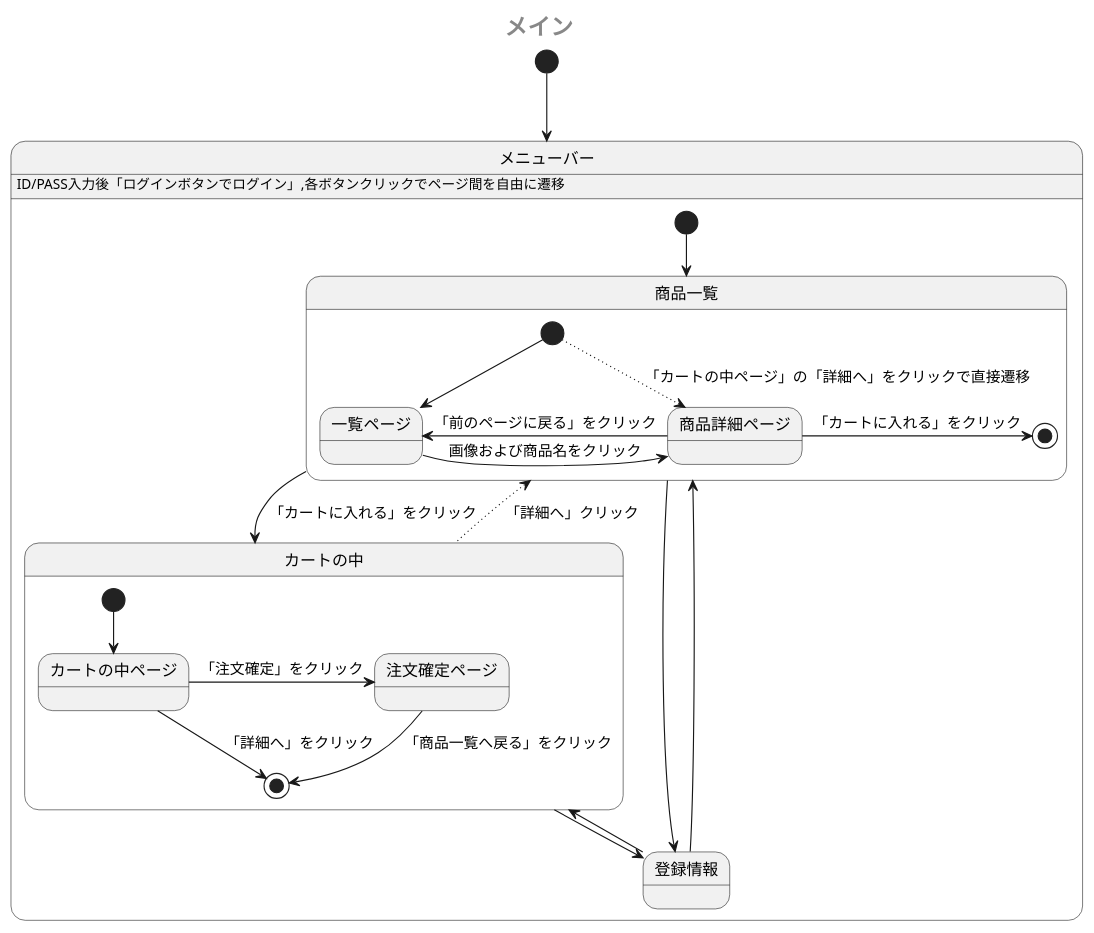
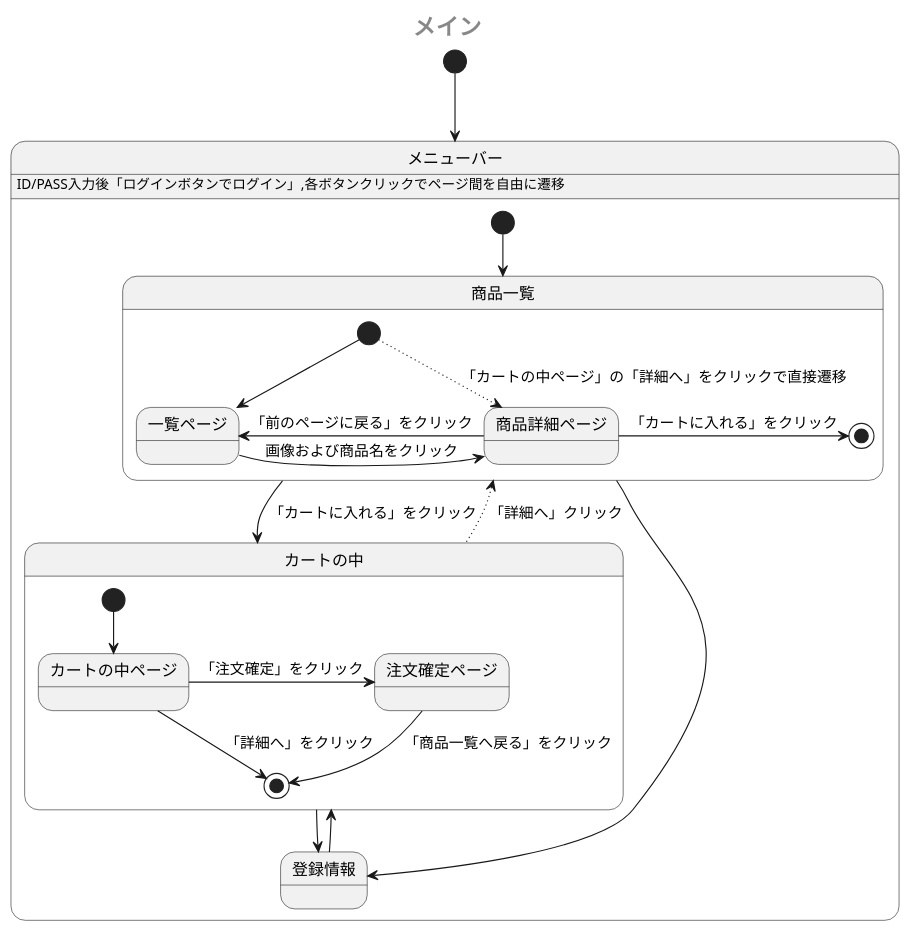
Before and after one commit to Aso2001385/2021sys-design: the first of 2 diagrams in sample/StateMachine.md, drawn with PlantUML.

````diff
--- a/sample/StateMachine.md
+++ b/sample/StateMachine.md
@@ -1,34 +1,31 @@
 ```uml
 @startuml
  center header <size:20><b>メイン</b></size>
  [*] --> メニューバー
  state メニューバー {
    メニューバー: ID/PASS入力後「ログインボタンでログイン」,各ボタンクリックでページ間を自由に遷移
    [*] --> 商品一覧
    state 商品一覧 {
     [*] --> 一覧ページ
     [*] -[dotted]-> 商品詳細ページ: 「カートの中ページ」の「詳細へ」をクリックで直接遷移
     一覧ページ -right-> 商品詳細ページ: 画像および商品名をクリック
     商品詳細ページ -left-> 一覧ページ: 「前のページに戻る」をクリック
     商品詳細ページ -right-> [*]: 「カートに入れる」をクリック
     
    }
    商品一覧 -down-> カートの中:「カートに入れる」をクリック
    state カートの中 {
     [*] --> カートの中ページ
     カートの中ページ --> [*]:「詳細へ」をクリック
     カートの中ページ -> 注文確定ページ:「注文確定」をクリック 
     注文確定ページ --> [*]: 「商品一覧へ戻る」をクリック
    }
    カートの中 -up[dotted]-> 商品一覧:「詳細へ」クリック
    カートの中 -down-> 登録情報
    登録情報 -up-> カートの中
    商品一覧 -right-> 登録情報
-   商品一覧 -[hidden]> 登録情報
-   登録情報 -left-> 商品一覧
-   登録情報 -[hidden]> 商品一覧
    
  }
  
 @enduml
 ```
````
